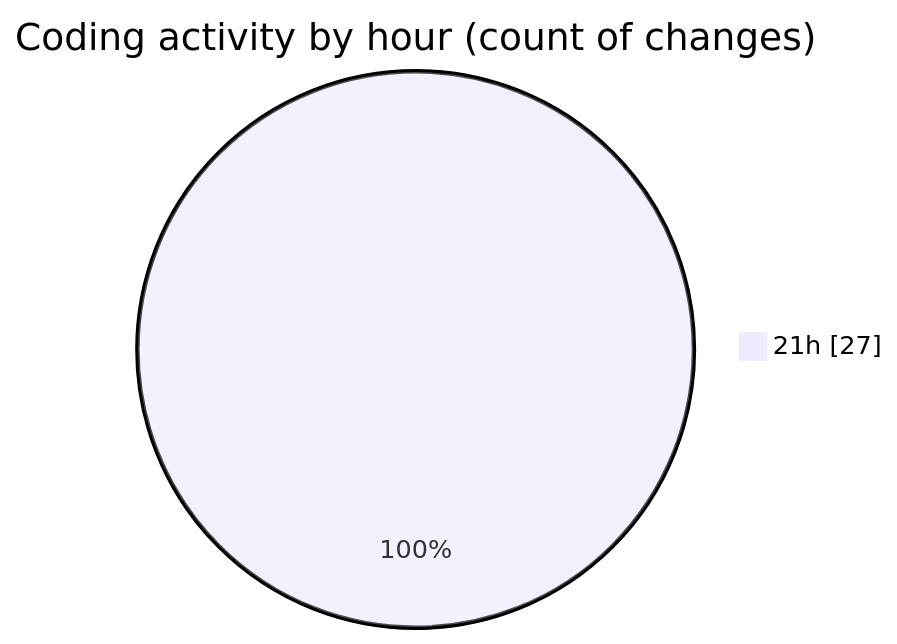
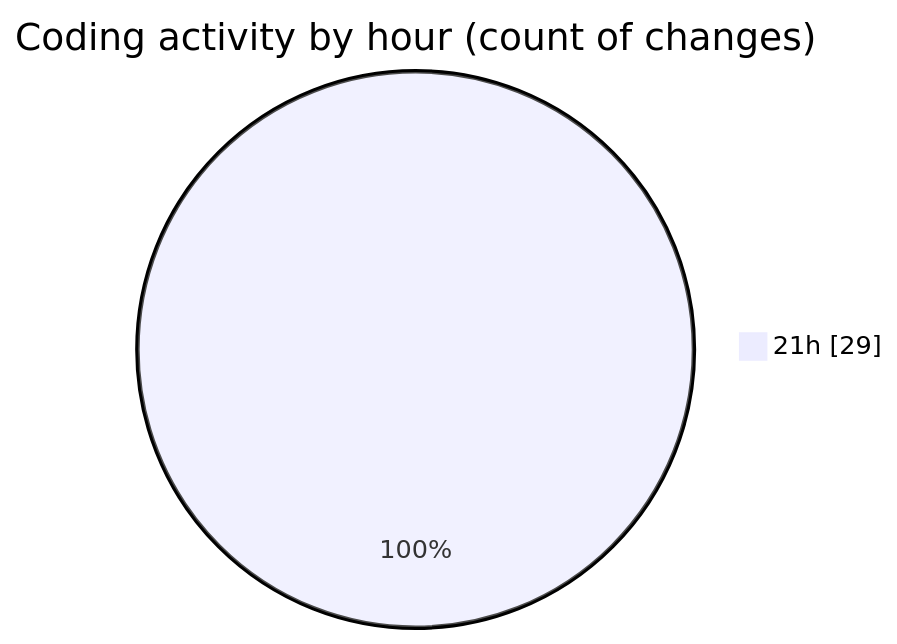
Before and after one commit to Netris89/code-tracking: the second of 2 diagrams in 2025-03-26/echo/README.md, drawn with Mermaid. The commit also changed other lines of this file and 1 other file, not shown here.

````diff
--- a/2025-03-26/echo/README.md
+++ b/2025-03-26/echo/README.md
@@ -34,5 +34,5 @@
 ```mermaid
 pie showData
 title Coding activity by hour (count of changes)
-"21h" : 27
+"21h" : 29
 ```
````
